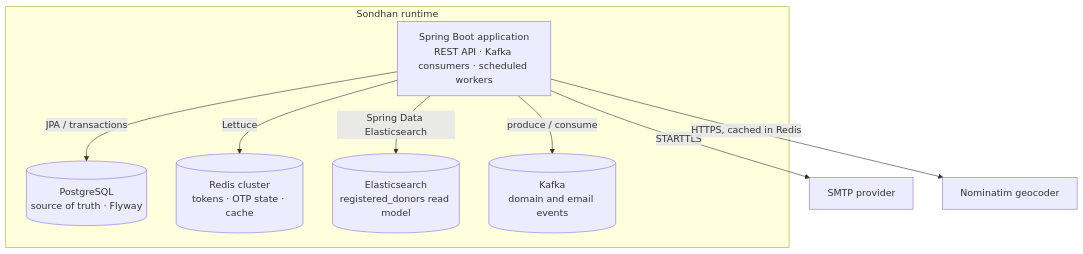
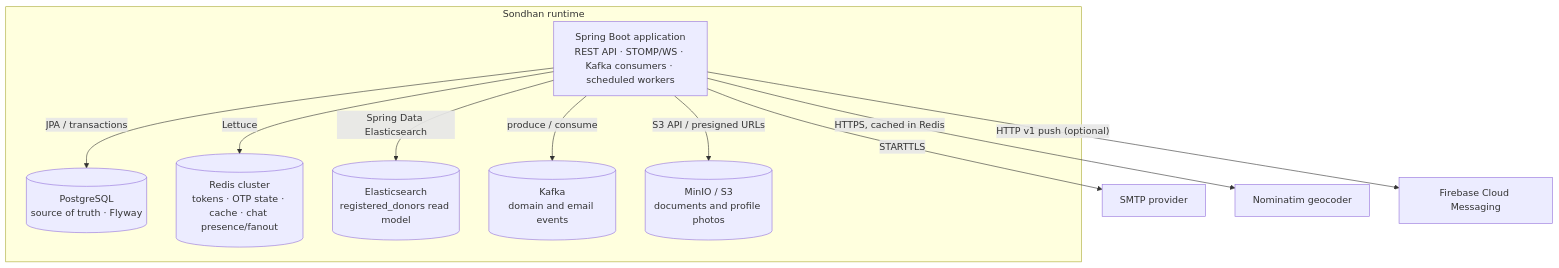
Before and after one commit to ADS77/Blood-Donor-Finder: the second of 15 diagrams in docs/architecture.md, drawn with Mermaid. The commit also changed other lines of this file and 1 other file, not shown here.

Commit message:
docs: document realtime, notifications, storage and new search flows

````diff
--- a/docs/architecture.md
+++ b/docs/architecture.md
@@ -61,20 +69,24 @@
 ```mermaid
 flowchart TB
     subgraph runtime[Sondhan runtime]
-        app["Spring Boot application<br/>REST API · Kafka consumers · scheduled workers"]
+        app["Spring Boot application<br/>REST API · STOMP/WS · Kafka consumers · scheduled workers"]
         pg[("PostgreSQL<br/>source of truth · Flyway")]
-        redis[("Redis cluster<br/>tokens · OTP state · cache")]
+        redis[("Redis cluster<br/>tokens · OTP state · cache · chat presence/fanout")]
         es[("Elasticsearch<br/>registered_donors read model")]
         kafka[("Kafka<br/>domain and email events")]
+        minio[("MinIO / S3<br/>documents and profile photos")]
     end
 
     smtp[SMTP provider]
     geocoder[Nominatim geocoder]
+    firebase[Firebase Cloud Messaging]
 
     app -->|"JPA / transactions"| pg
     app -->|"Lettuce"| redis
     app -->|"Spring Data Elasticsearch"| es
     app -->|"produce / consume"| kafka
+    app -->|"S3 API / presigned URLs"| minio
     app -->|"STARTTLS"| smtp
     app -->|"HTTPS, cached in Redis"| geocoder
+    app -->|"HTTP v1 push (optional)"| firebase
 ```
````
